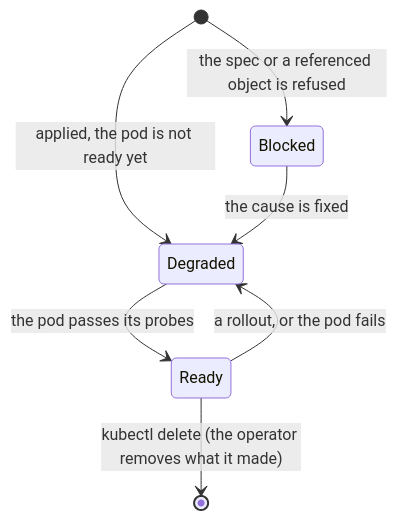
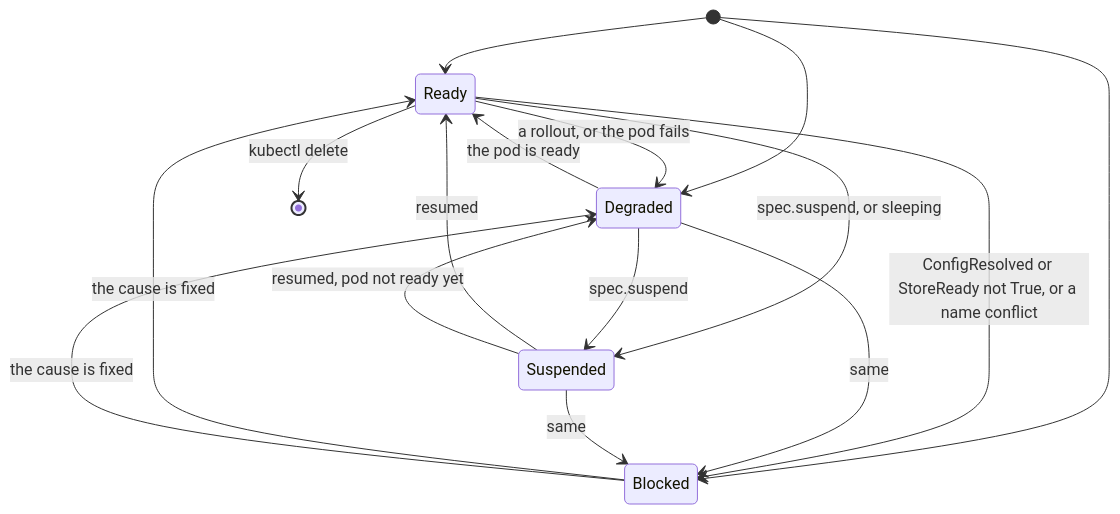
One commit to vymalo/another-agentic-platform changed the second of 2 diagrams in docs/get-started.md. Above: the diagram before and after it, drawn with Mermaid. The commit also changed other lines of this file, not shown here.

Commit message:
docs: get started, what the reviews found

````diff
--- a/docs/get-started.md
+++ b/docs/get-started.md
@@ -34,9 +43,18 @@
 ```mermaid
 stateDiagram-v2
-  [*] --> Degraded: applied, the pod is not ready yet
-  [*] --> Blocked: the spec or a referenced object is refused
-  Degraded --> Ready: the pod passes its probes
+  [*] --> Ready
+  [*] --> Degraded
+  [*] --> Blocked
+  Degraded --> Ready: the pod is ready
+  Ready --> Degraded: a rollout, or the pod fails
+  Ready --> Suspended: spec.suspend, or sleeping
+  Degraded --> Suspended: spec.suspend
+  Suspended --> Ready: resumed
+  Suspended --> Degraded: resumed, pod not ready yet
+  Ready --> Blocked: ConfigResolved or StoreReady not True, or a name conflict
+  Degraded --> Blocked: same
+  Suspended --> Blocked: same
+  Blocked --> Ready: the cause is fixed
   Blocked --> Degraded: the cause is fixed
-  Ready --> Degraded: a rollout, or the pod fails
-  Ready --> [*]: kubectl delete (the operator removes what it made)
+  Ready --> [*]: kubectl delete
 ```
````
